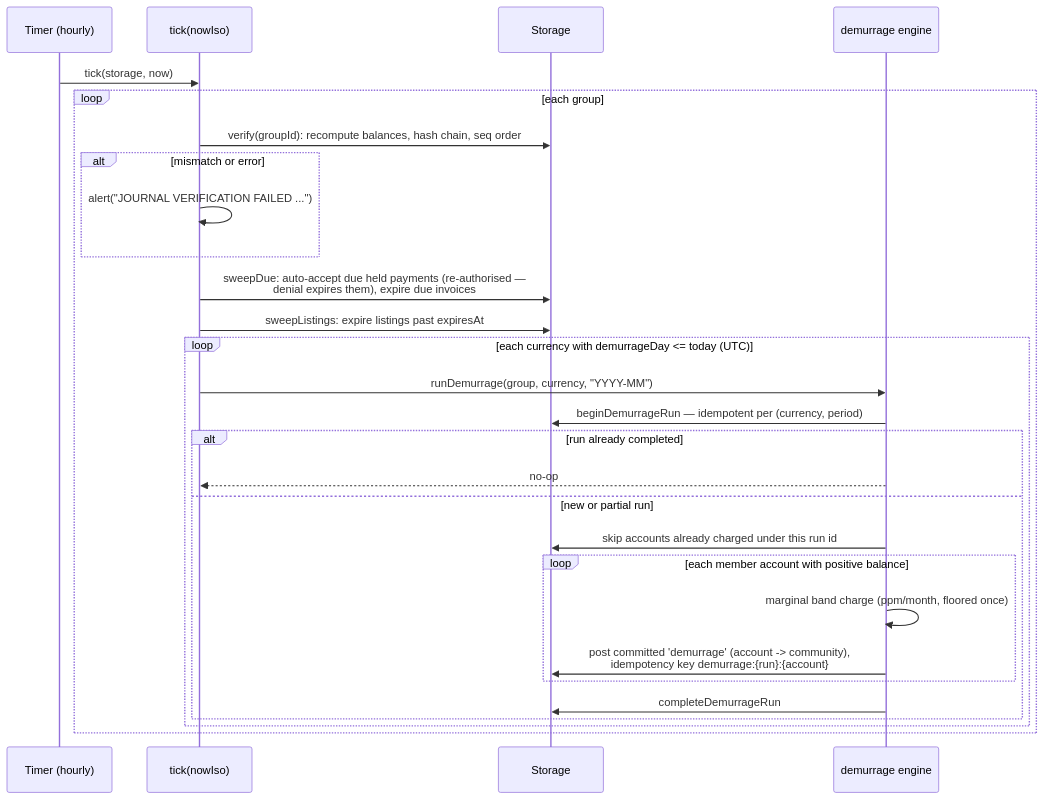
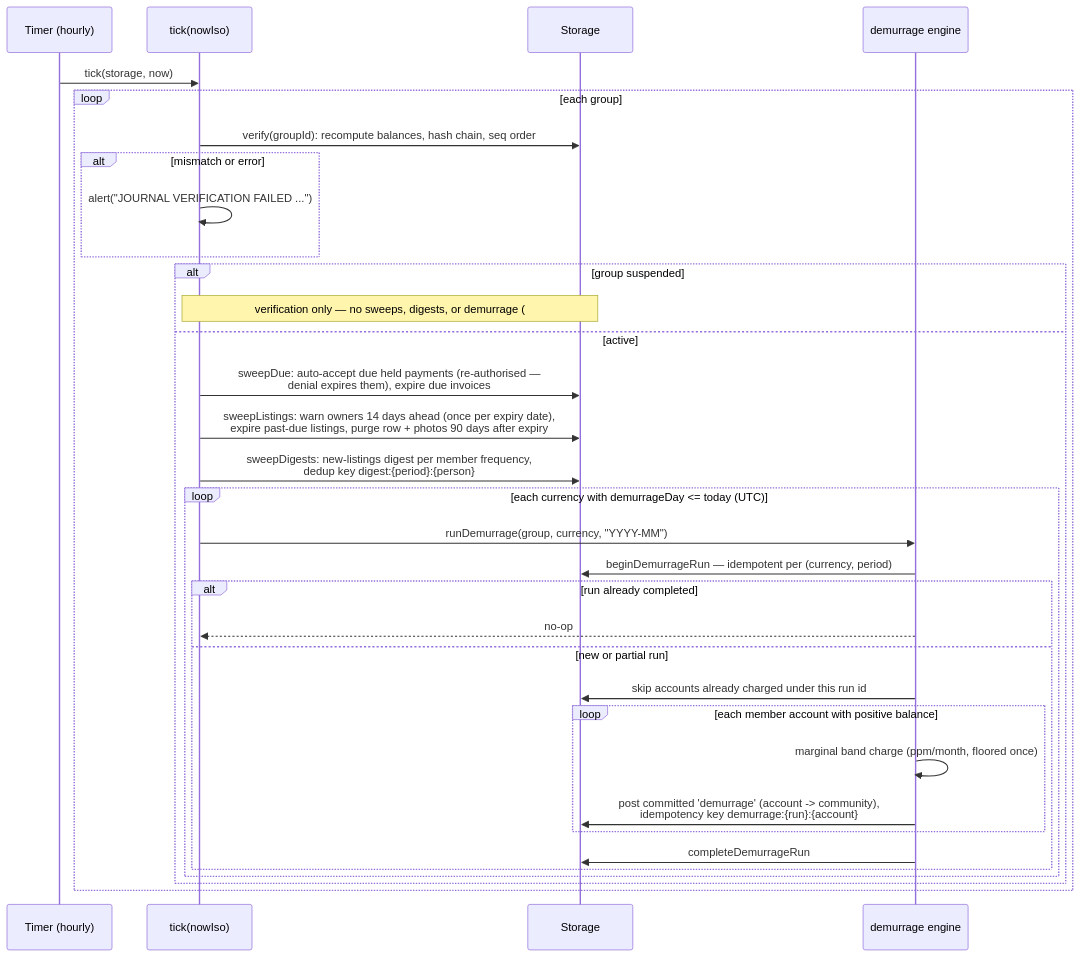
The sixth of 8 diagrams in server/architecture.md (sandtreader/silvio), drawn with Mermaid before and after one commit. The commit also changed other lines of this file and 4 other files, not shown here.

First line of the commit message:
Maintainer bundle: CI test gate before publish, CLAUDE.md conventions, MAINTAINERS.md, architecture.md refresh

````diff
--- a/server/architecture.md
+++ b/server/architecture.md
@@ -203,31 +368,36 @@
 ```mermaid
 sequenceDiagram
   participant CLK as Timer (hourly)
   participant TK as tick(nowIso)
   participant S as Storage
   participant D as demurrage engine
 
   CLK->>TK: tick(storage, now)
   loop each group
     TK->>S: verify(groupId): recompute balances, hash chain, seq order
     alt mismatch or error
       TK->>TK: alert("JOURNAL VERIFICATION FAILED ...")
     end
-    TK->>S: sweepDue: auto-accept due held payments (re-authorised —<br/>denial expires them), expire due invoices
-    TK->>S: sweepListings: expire listings past expiresAt
-    loop each currency with demurrageDay <= today (UTC)
-      TK->>D: runDemurrage(group, currency, "YYYY-MM")
-      D->>S: beginDemurrageRun — idempotent per (currency, period)
-      alt run already completed
-        D-->>TK: no-op
-      else new or partial run
-        D->>S: skip accounts already charged under this run id
-        loop each member account with positive balance
-          D->>D: marginal band charge (ppm/month, floored once)
-          D->>S: post committed 'demurrage' (account -> community),<br/>idempotency key demurrage:{run}:{account}
+    alt group suspended
+      Note over TK,S: verification only — no sweeps, digests, or demurrage (#20)
+    else active
+      TK->>S: sweepDue: auto-accept due held payments (re-authorised —<br/>denial expires them), expire due invoices
+      TK->>S: sweepListings: warn owners 14 days ahead (once per expiry date),<br/>expire past-due listings, purge row + photos 90 days after expiry
+      TK->>S: sweepDigests: new-listings digest per member frequency,<br/>dedup key digest:{period}:{person}
+      loop each currency with demurrageDay <= today (UTC)
+        TK->>D: runDemurrage(group, currency, "YYYY-MM")
+        D->>S: beginDemurrageRun — idempotent per (currency, period)
+        alt run already completed
+          D-->>TK: no-op
+        else new or partial run
+          D->>S: skip accounts already charged under this run id
+          loop each member account with positive balance
+            D->>D: marginal band charge (ppm/month, floored once)
+            D->>S: post committed 'demurrage' (account -> community),<br/>idempotency key demurrage:{run}:{account}
+          end
+          D->>S: completeDemurrageRun
         end
-        D->>S: completeDemurrageRun
       end
     end
   end
 ```
````
